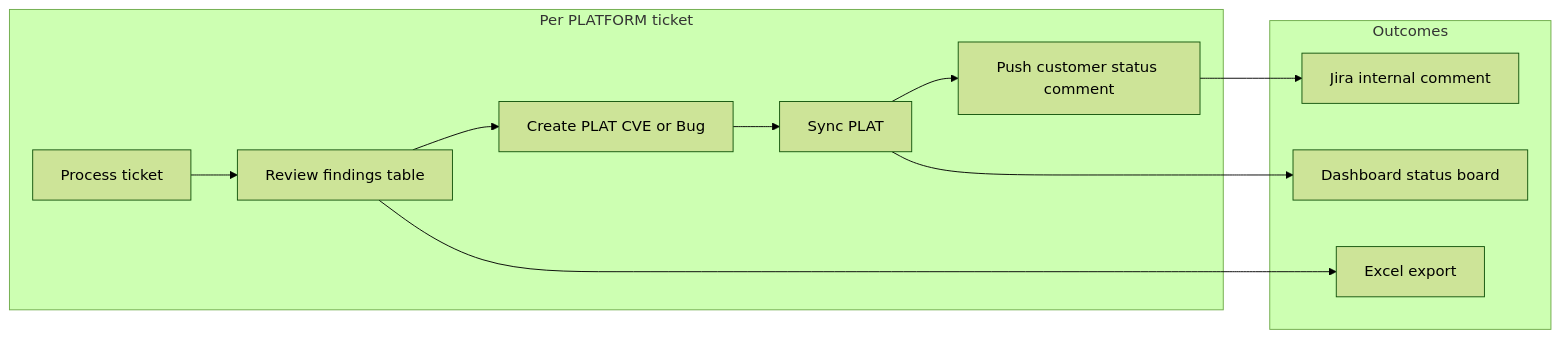
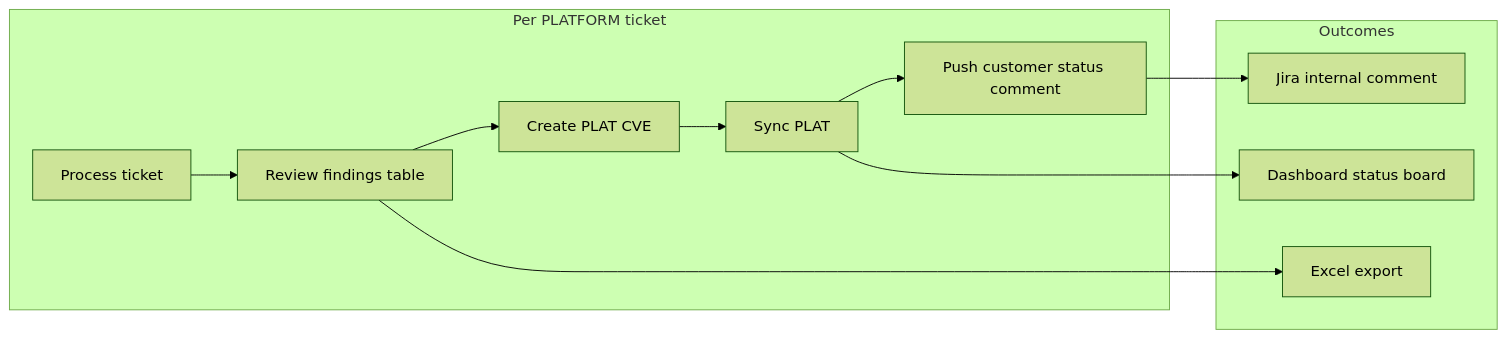
One commit to alexbirman01/cve_portal changed the first of 3 diagrams in docs/CVE-Portal.md. Above: the diagram before and after it, drawn with Mermaid (forest theme). The commit also changed other lines of this file and 16 other files, not shown here.

First line of the commit message:
feat: #PLAT-24605 remove PLAT Bug handling and add Alpine OSV enrichment

````diff
--- a/docs/CVE-Portal.md
+++ b/docs/CVE-Portal.md
@@ -49,17 +49,17 @@
 ```mermaid
 flowchart LR
   subgraph ticketLoop [Per PLATFORM ticket]
     A[Process ticket] --> B[Review findings table]
-    B --> C[Create PLAT CVE or Bug]
+    B --> C[Create PLAT CVE]
     C --> D[Sync PLAT]
     D --> E[Push customer status comment]
   end
   subgraph outcomes [Outcomes]
     F[Dashboard status board]
     G[Excel export]
     H[Jira internal comment]
   end
   D --> F
   B --> G
   E --> H
 ```
````
